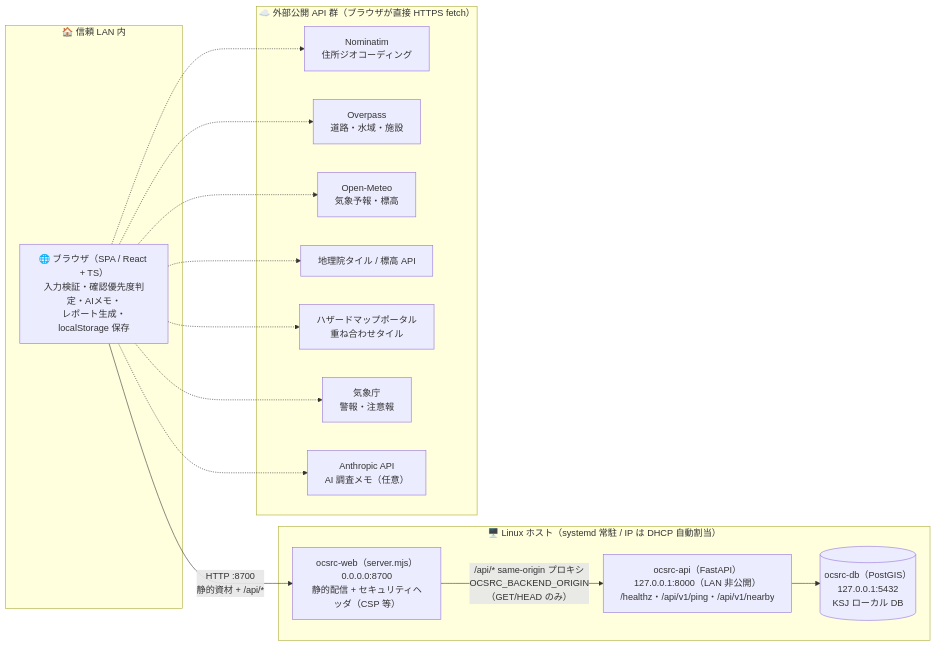
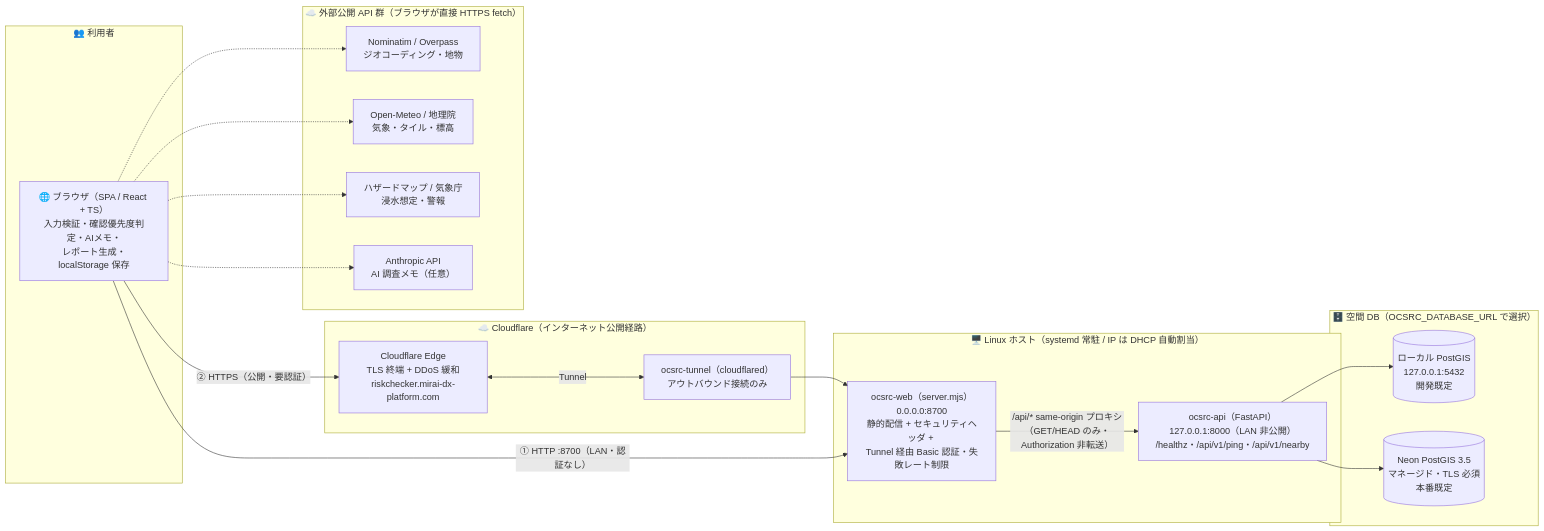
One commit to Kensan196948G/Open-Civil-Site-Risk-Checker changed the diagram in README.md. Above: the diagram before and after it, drawn with Mermaid. The commit also changed other lines of this file and 2 other files, not shown here.

Commit message:
docs+infra: Cloudflare Tunnel/Neon publish path (arch diagram, tunnel unit, install script)
- README: expand the system diagram with the two access paths (LAN
  direct vs Cloudflare Tunnel + Basic auth) and DB choice (local
  PostGIS vs Neon managed PostGIS via OCSRC_DATABASE_URL)
- infra/ocsrc-tunnel.service: reference systemd unit for cloudflared
- scripts/install-tunnel.sh: installs the tunnel service; refuses to
  proceed unless Basic auth is configured; DNS route (public switch)
  is opt-in via CREATE_DNS_ROUTE=1 so exposure stays a human decision

Claude-Session: https://claude.ai/code/session_01R6pcwz6uzaKqLh5VhsNfCV

````diff
--- a/README.md
+++ b/README.md
@@ -220,33 +222,40 @@
 ```mermaid
 flowchart LR
-    subgraph LAN["🏠 信頼 LAN 内"]
+    subgraph USERS["👥 利用者"]
         B["🌐 ブラウザ（SPA / React + TS）<br/>入力検証・確認優先度判定・AIメモ・<br/>レポート生成・localStorage 保存"]
     end
 
+    subgraph EDGE["☁️ Cloudflare（インターネット公開経路）"]
+        CF["Cloudflare Edge<br/>TLS 終端 + DDoS 緩和<br/>riskchecker.mirai-dx-platform.com"]
+        TN["ocsrc-tunnel（cloudflared）<br/>アウトバウンド接続のみ"]
+    end
+
     subgraph HOST["🖥️ Linux ホスト（systemd 常駐 / IP は DHCP 自動割当）"]
-        W["ocsrc-web（server.mjs）<br/>0.0.0.0:8700<br/>静的配信 + セキュリティヘッダ（CSP 等）"]
+        W["ocsrc-web（server.mjs）<br/>0.0.0.0:8700<br/>静的配信 + セキュリティヘッダ + <br/>Tunnel 経由 Basic 認証・失敗レート制限"]
         A["ocsrc-api（FastAPI）<br/>127.0.0.1:8000（LAN 非公開）<br/>/healthz・/api/v1/ping・/api/v1/nearby"]
-        D[("ocsrc-db（PostGIS）<br/>127.0.0.1:5432<br/>KSJ ローカル DB")]
+    end
+
+    subgraph DB["🗄️ 空間 DB（OCSRC_DATABASE_URL で選択）"]
+        D1[("ローカル PostGIS<br/>127.0.0.1:5432<br/>開発既定")]
+        D2[("Neon PostGIS 3.5<br/>マネージド・TLS 必須<br/>本番既定")]
     end
 
     subgraph EXT["☁️ 外部公開 API 群（ブラウザが直接 HTTPS fetch）"]
-        E1["Nominatim<br/>住所ジオコーディング"]
-        E2["Overpass<br/>道路・水域・施設"]
-        E3["Open-Meteo<br/>気象予報・標高"]
-        E4["地理院タイル / 標高 API"]
-        E5["ハザードマップポータル<br/>重ね合わせタイル"]
-        E6["気象庁<br/>警報・注意報"]
+        E1["Nominatim / Overpass<br/>ジオコーディング・地物"]
+        E3["Open-Meteo / 地理院<br/>気象・タイル・標高"]
+        E5["ハザードマップ / 気象庁<br/>浸水想定・警報"]
         E7["Anthropic API<br/>AI 調査メモ（任意）"]
     end
 
-    B -->|"HTTP :8700<br/>静的資材 + /api/*"| W
-    W -->|"/api/* same-origin プロキシ<br/>OCSRC_BACKEND_ORIGIN（GET/HEAD のみ）"| A
-    A --> D
+    B -->|"② HTTPS（公開・要認証）"| CF
+    CF <-->|"Tunnel"| TN
+    TN --> W
+    B -->|"① HTTP :8700（LAN・認証なし）"| W
+    W -->|"/api/* same-origin プロキシ<br/>（GET/HEAD のみ・Authorization 非転送）"| A
+    A --> D1
+    A --> D2
     B -.-> E1
-    B -.-> E2
     B -.-> E3
-    B -.-> E4
     B -.-> E5
-    B -.-> E6
     B -.-> E7
 ```
````
